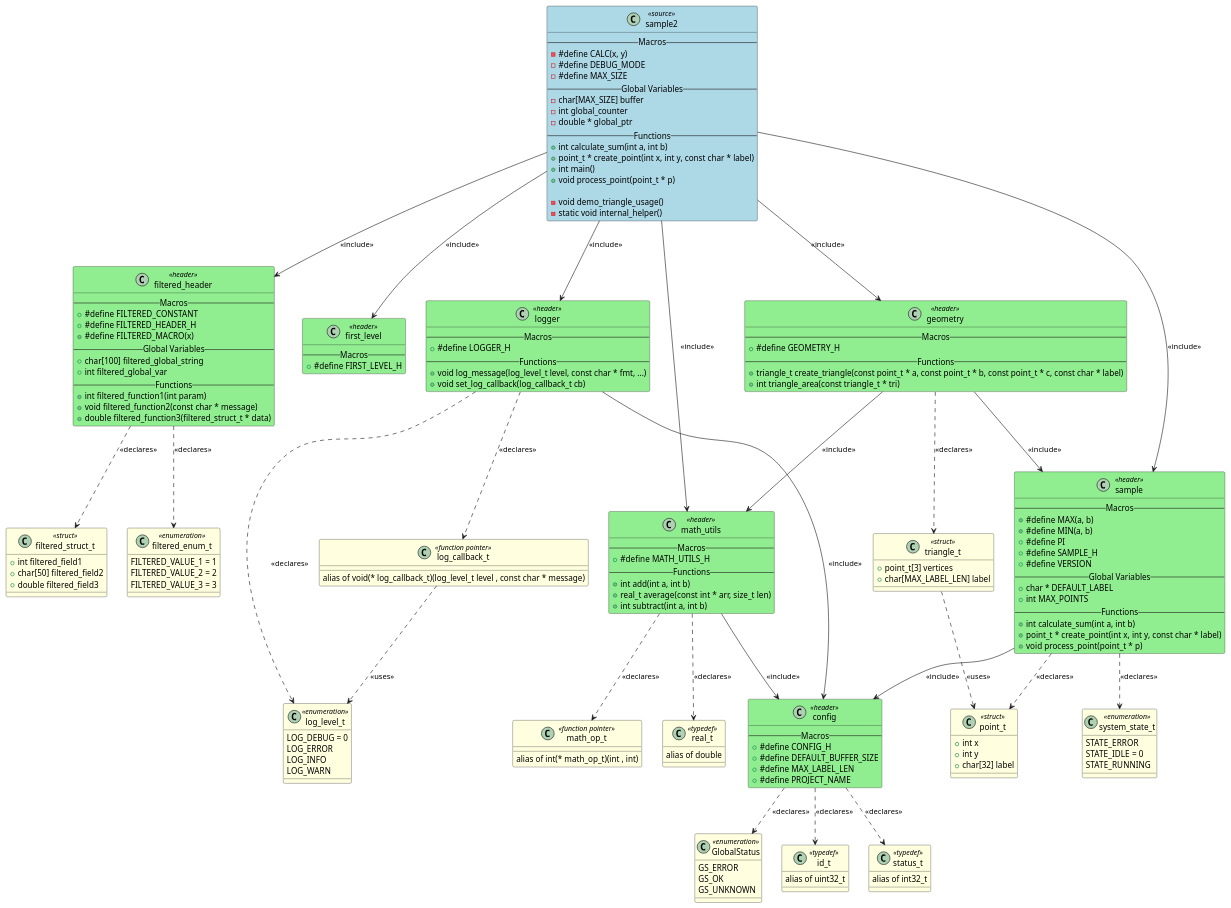
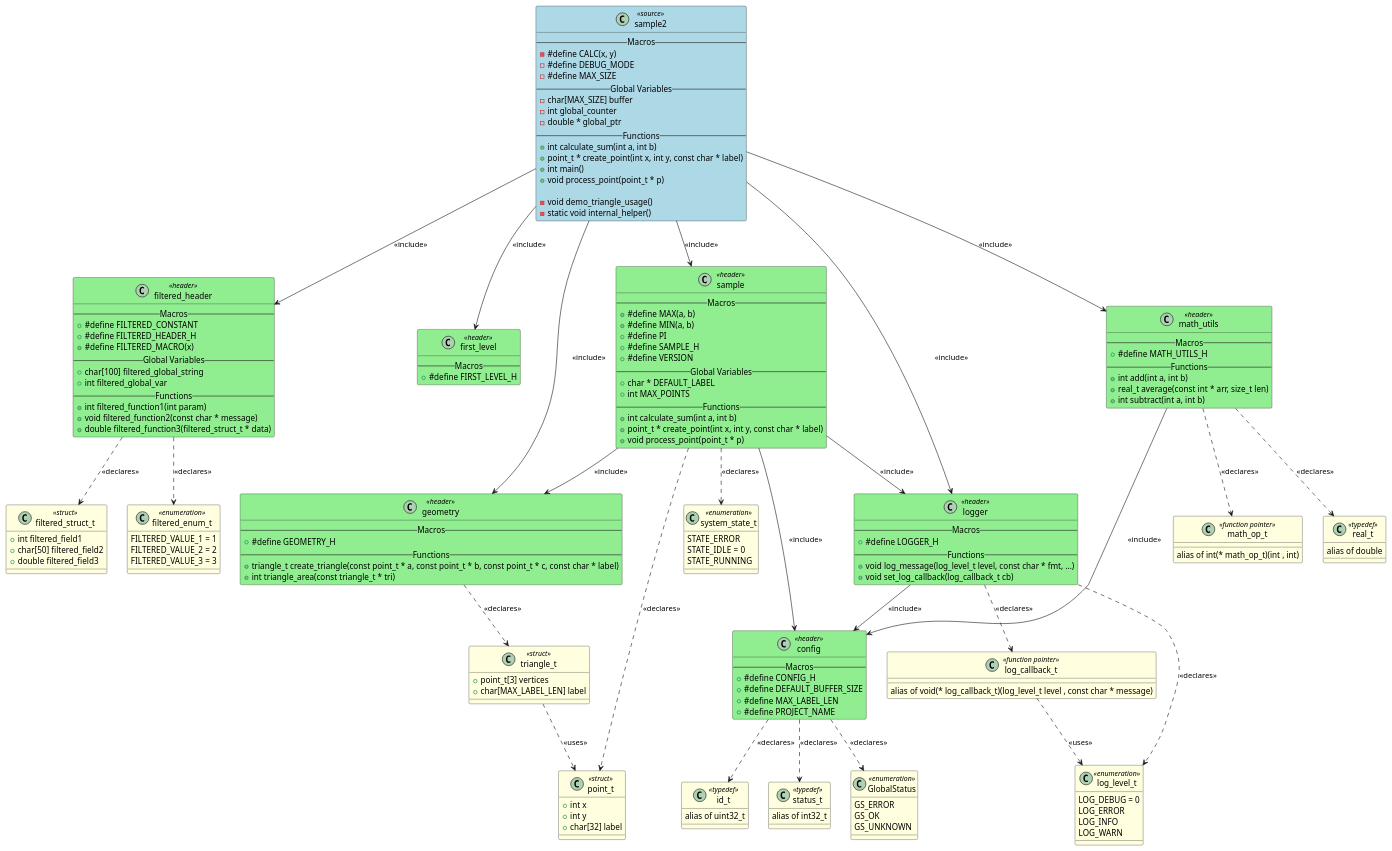
One commit to fischerjooo/c2puml changed the diagram in artifacts/output_example/sample2.puml. Above: the diagram before and after it, drawn with PlantUML. The commit also changed 24 other files, not shown here.

```diff
--- a/artifacts/output_example/sample2.puml
+++ b/artifacts/output_example/sample2.puml
@@ -171,11 +171,11 @@
 
 
 ' Include relationships
-HEADER_GEOMETRY --> HEADER_MATH_UTILS : <<include>>
-HEADER_GEOMETRY --> HEADER_SAMPLE : <<include>>
 HEADER_LOGGER --> HEADER_CONFIG : <<include>>
 HEADER_MATH_UTILS --> HEADER_CONFIG : <<include>>
 HEADER_SAMPLE --> HEADER_CONFIG : <<include>>
+HEADER_SAMPLE --> HEADER_GEOMETRY : <<include>>
+HEADER_SAMPLE --> HEADER_LOGGER : <<include>>
 SAMPLE2 --> HEADER_FILTERED_HEADER : <<include>>
 SAMPLE2 --> HEADER_FIRST_LEVEL : <<include>>
 SAMPLE2 --> HEADER_GEOMETRY : <<include>>
```
